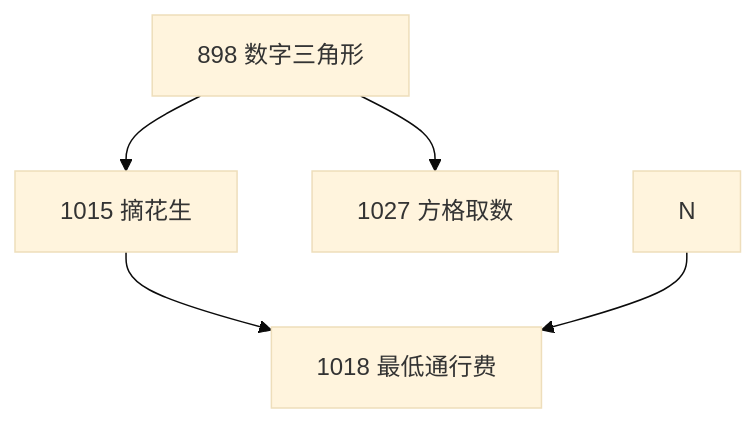
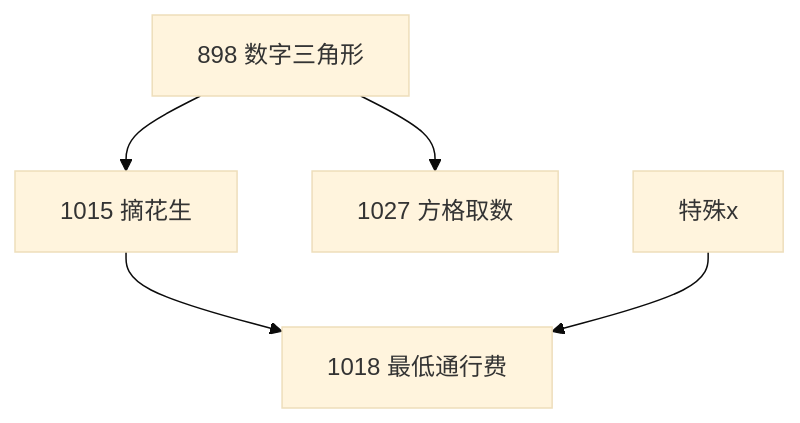
One commit to cuberxl/Coders-Note changed the diagram in 6*-动态规划进阶/6*.1-数字三角形模型.md. Above: the diagram before and after it, drawn with Mermaid (base theme). The commit also changed other lines of this file, not shown here.

````diff
--- a/6*-动态规划进阶/6*.1-数字三角形模型.md
+++ b/6*-动态规划进阶/6*.1-数字三角形模型.md
@@ -5,7 +5,7 @@
 ```mermaid
 graph TD
 A[898 数字三角形]-->B[1015 摘花生]
 A-->C[1027 方格取数]
 B-->D[1018 最低通行费]
-E[N]-->D
+E[特殊x]-->D
 ```
````
